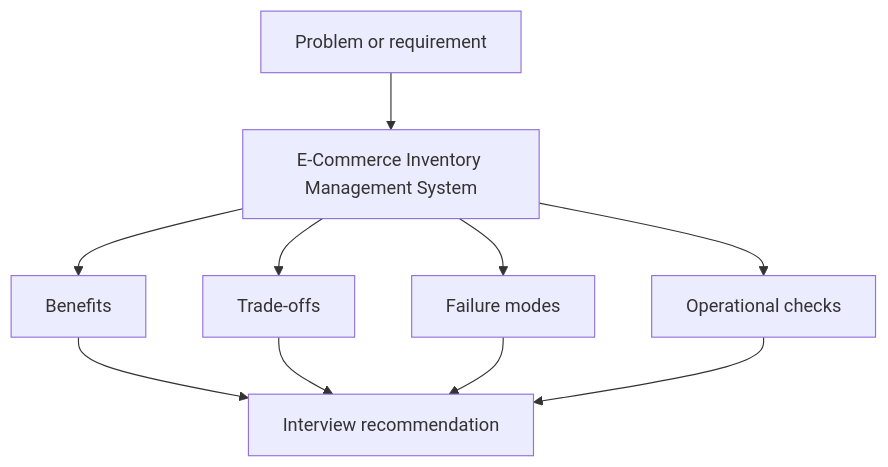
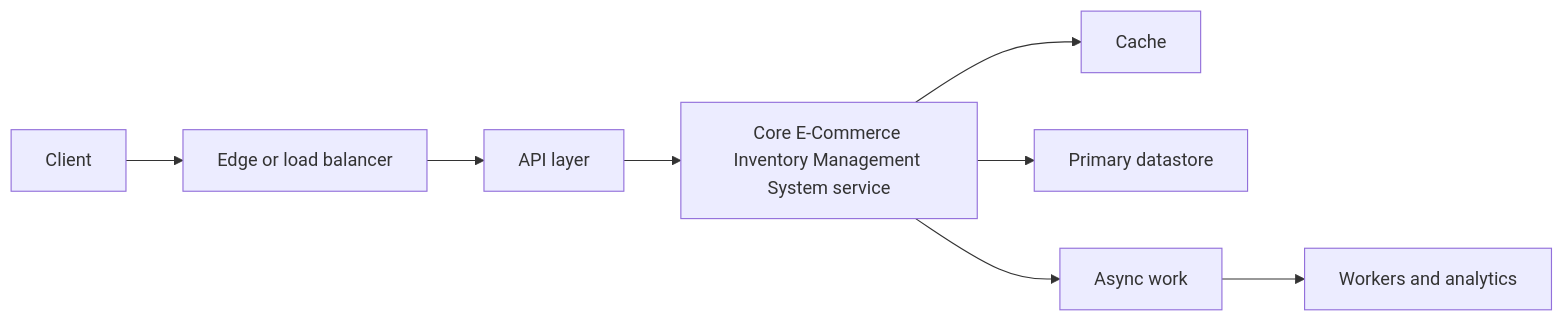
One commit to abstractinterviews/abstractinterviews.github.io changed the second of 3 diagrams in case-studies/ecommerce-inventory-management-system/index.md. Above: the diagram before and after it, drawn with Mermaid. The commit also changed other lines of this file and 278 other files, not shown here.

````diff
--- a/case-studies/ecommerce-inventory-management-system/index.md
+++ b/case-studies/ecommerce-inventory-management-system/index.md
@@ -250,12 +242,10 @@
-~~~mermaid
-flowchart TD
-    Problem["Problem or requirement"] --> Concept["E-Commerce Inventory Management System"]
-    Concept --> Benefits["Benefits"]
-    Concept --> Tradeoffs["Trade-offs"]
-    Concept --> FailureModes["Failure modes"]
-    Concept --> Operations["Operational checks"]
-    Benefits --> Decision["Interview recommendation"]
-    Tradeoffs --> Decision
-    FailureModes --> Decision
-    Operations --> Decision
-~~~
+```mermaid
+flowchart LR
+    Client["Client"] --> Edge["Edge or load balancer"]
+    Edge --> API["API layer"]
+    API --> Core["Core E-Commerce Inventory Management System service"]
+    Core --> Cache["Cache"]
+    Core --> DB["Primary datastore"]
+    Core --> Queue["Async work"]
+    Queue --> Workers["Workers and analytics"]
+```
````
